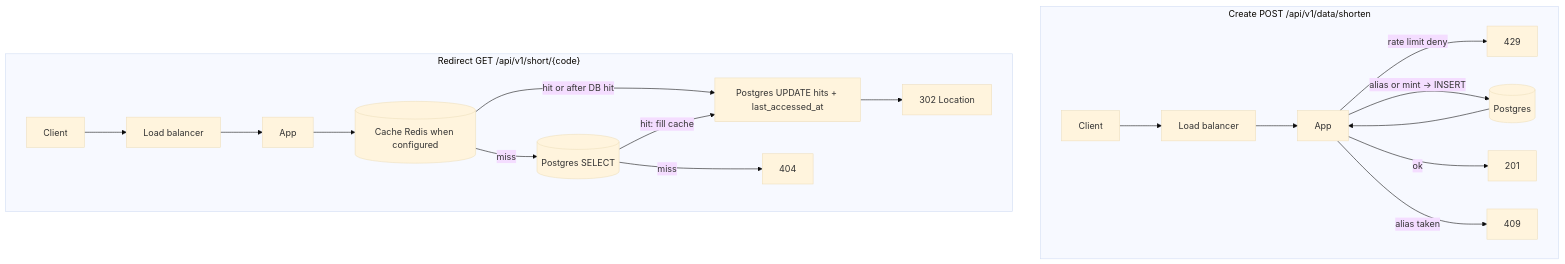
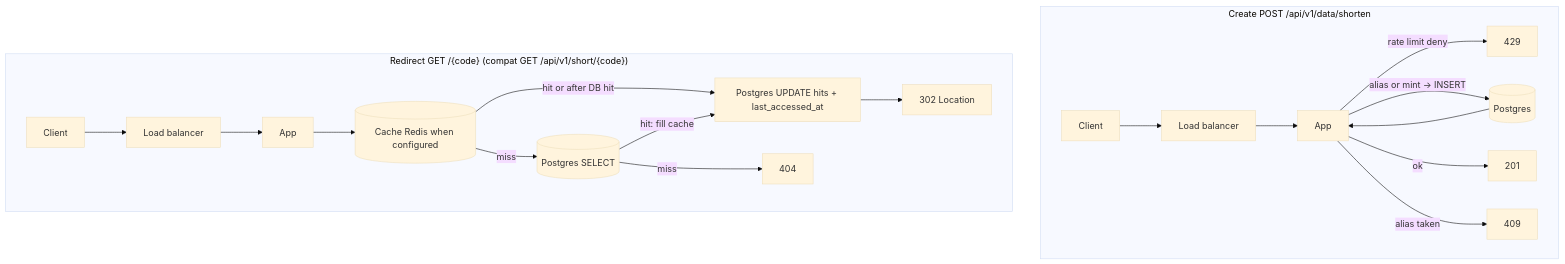
Before and after one commit to lagarcess/do-blitz: the diagram in README.md, drawn with Mermaid (base theme). The commit also changed other lines of this file and 5 other files, not shown here.

First line of the commit message:
feat: public /{code} redirect and runtime shortURL (#6)

````diff
--- a/README.md
+++ b/README.md
@@ -37,21 +38,21 @@
 ```mermaid
 flowchart TD
   subgraph Create["Create POST /api/v1/data/shorten"]
     C1[Client] --> CLB[Load balancer] --> CApp[App]
     CApp -->|rate limit deny| C429[429]
     CApp -->|alias or mint → INSERT| CPG[(Postgres)]
     CPG --> CApp
     CApp -->|ok| C201[201]
     CApp -->|alias taken| C409[409]
   end
 
-  subgraph Redirect["Redirect GET /api/v1/short/{code}"]
+  subgraph Redirect["Redirect GET /{code} (compat GET /api/v1/short/{code})"]
     R1[Client] --> RLB[Load balancer] --> RApp[App]
     RApp --> RCache[(Cache Redis when configured)]
     RCache -->|hit or after DB hit| RUpd[Postgres UPDATE hits + last_accessed_at]
     RCache -->|miss| RPG[(Postgres SELECT)]
     RPG -->|miss| R404[404]
     RPG -->|hit: fill cache| RUpd
     RUpd --> R302[302 Location]
   end
 ```
````
